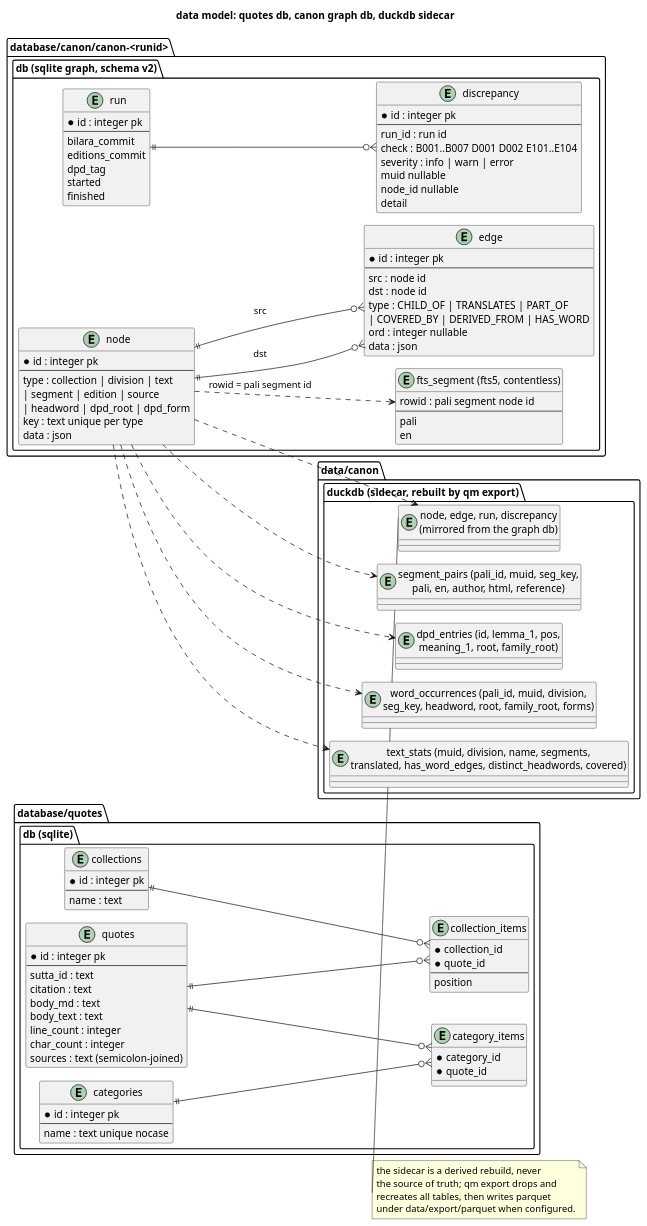
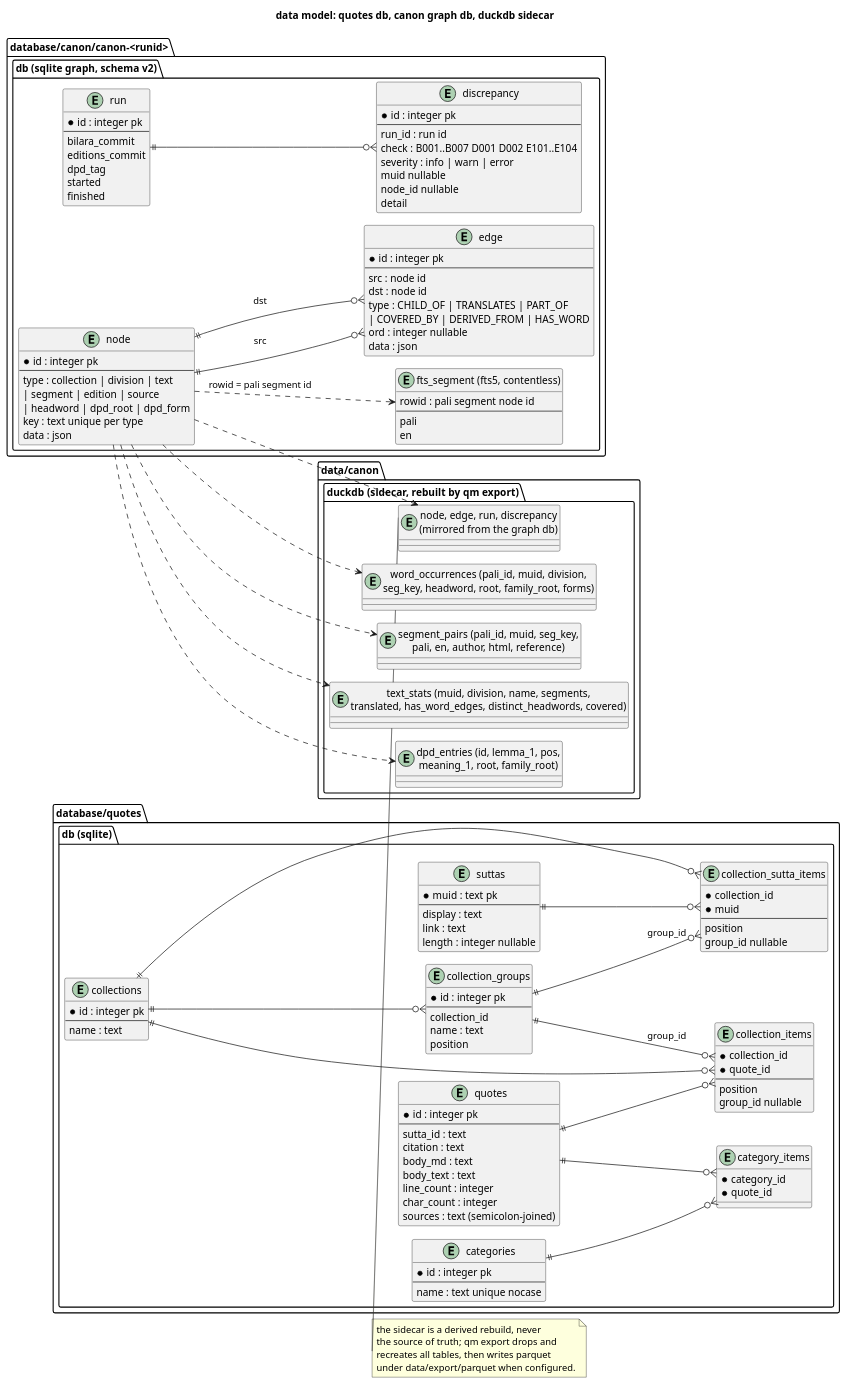
One commit to lavantien/quotes-manager changed the diagram in docs/diagrams/03-data-model.puml. Above: the diagram before and after it, drawn with PlantUML. The commit also changed 1 other file, not shown here.

Commit message:
docs: add suttas and collection groups to the data model diagram

```diff
--- a/docs/diagrams/03-data-model.puml
+++ b/docs/diagrams/03-data-model.puml
@@ -1,111 +1,138 @@
 @startuml 03-data-model
 left to right direction
 !pragma layout smetana
 title data model: quotes db, canon graph db, duckdb sidecar
 
 package "database/quotes.db (sqlite)" {
   entity "quotes" as quotes {
     * id : integer pk
     --
     sutta_id : text
     citation : text
     body_md : text
     body_text : text
     line_count : integer
     char_count : integer
     sources : text (semicolon-joined)
   }
   entity "collections" as collections {
     * id : integer pk
     --
     name : text
   }
   entity "collection_items" as colitems {
     * collection_id
     * quote_id
     --
     position
+    group_id nullable
+  }
+  entity "suttas" as suttas {
+    * muid : text pk
+    --
+    display : text
+    link : text
+    length : integer nullable
+  }
+  entity "collection_groups" as cgroups {
+    * id : integer pk
+    --
+    collection_id
+    name : text
+    position
+  }
+  entity "collection_sutta_items" as csuttas {
+    * collection_id
+    * muid
+    --
+    position
+    group_id nullable
   }
   entity "categories" as categories {
     * id : integer pk
     --
     name : text unique nocase
   }
   entity "category_items" as catitems {
     * category_id
     * quote_id
   }
   collections ||--o{ colitems
   quotes ||--o{ colitems
+  collections ||--o{ cgroups
+  cgroups ||--o{ colitems : group_id
+  collections ||--o{ csuttas
+  suttas ||--o{ csuttas
+  cgroups ||--o{ csuttas : group_id
   categories ||--o{ catitems
   quotes ||--o{ catitems
 }
 
 package "database/canon/canon-<runid>.db (sqlite graph, schema v2)" {
   entity "node" as node {
     * id : integer pk
     --
     type : collection | division | text\n| segment | edition | source\n| headword | dpd_root | dpd_form
     key : text unique per type
     data : json
   }
   entity "edge" as edge {
     * id : integer pk
     --
     src : node id
     dst : node id
     type : CHILD_OF | TRANSLATES | PART_OF\n| COVERED_BY | DERIVED_FROM | HAS_WORD
     ord : integer nullable
     data : json
   }
   entity "run" as run {
     * id : integer pk
     --
     bilara_commit
     editions_commit
     dpd_tag
     started
     finished
   }
   entity "discrepancy" as disc {
     * id : integer pk
     --
     run_id : run id
     check : B001..B007 D001 D002 E101..E104
     severity : info | warn | error
     muid nullable
     node_id nullable
     detail
   }
   entity "fts_segment (fts5, contentless)" as fts {
     rowid : pali segment node id
     --
     pali
     en
   }
   node ||--o{ edge : src
   node ||--o{ edge : dst
   run ||--o{ disc
   node ..> fts : rowid = pali segment id
 }
 
 package "data/canon.duckdb (sidecar, rebuilt by qm export)" {
   entity "node, edge, run, discrepancy\n(mirrored from the graph db)" as dmirror
   entity "segment_pairs (pali_id, muid, seg_key,\npali, en, author, html, reference)" as dseg
   entity "dpd_entries (id, lemma_1, pos,\nmeaning_1, root, family_root)" as ddpd
   entity "word_occurrences (pali_id, muid, division,\nseg_key, headword, root, family_root, forms)" as dword
   entity "text_stats (muid, division, name, segments,\ntranslated, has_word_edges, distinct_headwords, covered)" as dstats
 }
 
 node ..> dmirror
 node ..> dseg
 node ..> ddpd
 node ..> dword
 node ..> dstats
 note bottom of dmirror
   the sidecar is a derived rebuild, never
   the source of truth; qm export drops and
   recreates all tables, then writes parquet
   under data/export/parquet when configured.
 end note
 @enduml
```
